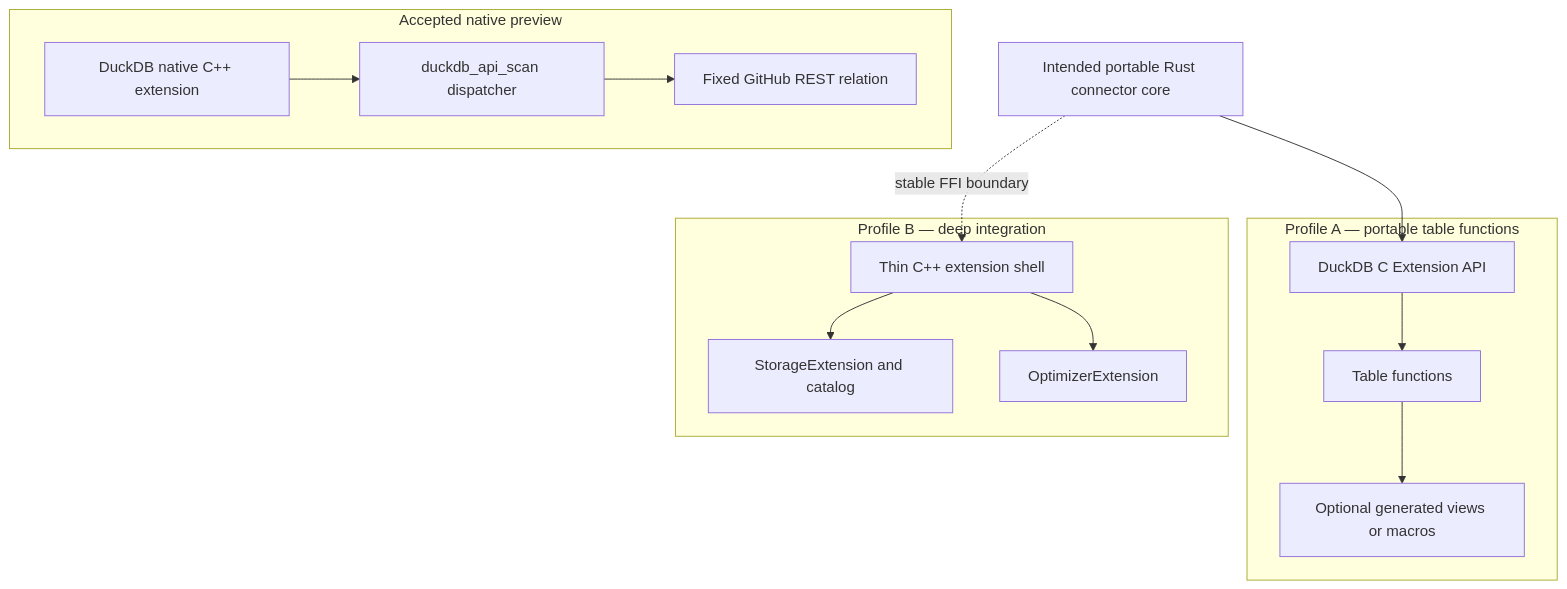
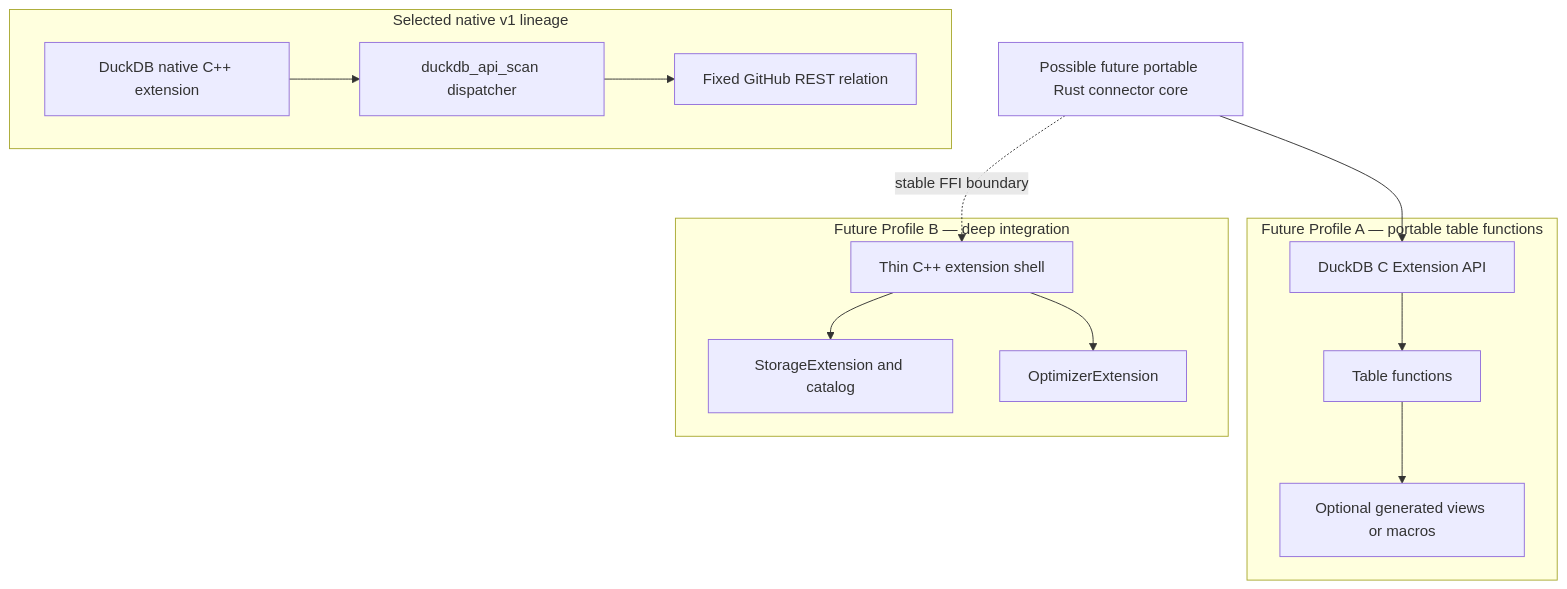
The second of 6 diagrams in docs/ARCHITECTURE.md (ngalluzzo/duckdb-fdw), drawn with Mermaid before and after one commit. The commit also changed other lines of this file and 5 other files, not shown here.

First line of the commit message:
docs(roadmap): set native v1 product boundary

````diff
--- a/docs/ARCHITECTURE.md
+++ b/docs/ARCHITECTURE.md
@@ -177,29 +183,29 @@
 ```mermaid
 flowchart TB
-    CORE[Intended portable Rust connector core]
+    CORE[Possible future portable Rust connector core]
 
-    subgraph P[Accepted native preview]
+    subgraph P[Selected native v1 lineage]
         NATIVE[DuckDB native C++ extension]
         DISPATCH[duckdb_api_scan dispatcher]
         LIVE[Fixed GitHub REST relation]
         NATIVE --> DISPATCH --> LIVE
     end
 
-    subgraph A[Profile A — portable table functions]
+    subgraph A[Future Profile A — portable table functions]
         CAPI[DuckDB C Extension API]
         TF[Table functions]
         VIEW[Optional generated views or macros]
         CAPI --> TF --> VIEW
     end
 
-    subgraph B[Profile B — deep integration]
+    subgraph B[Future Profile B — deep integration]
         CPP[Thin C++ extension shell]
         CAT[StorageExtension and catalog]
         OPT[OptimizerExtension]
         CPP --> CAT
         CPP --> OPT
     end
 
     CORE --> CAPI
     CORE -. stable FFI boundary .-> CPP
 ```
````
